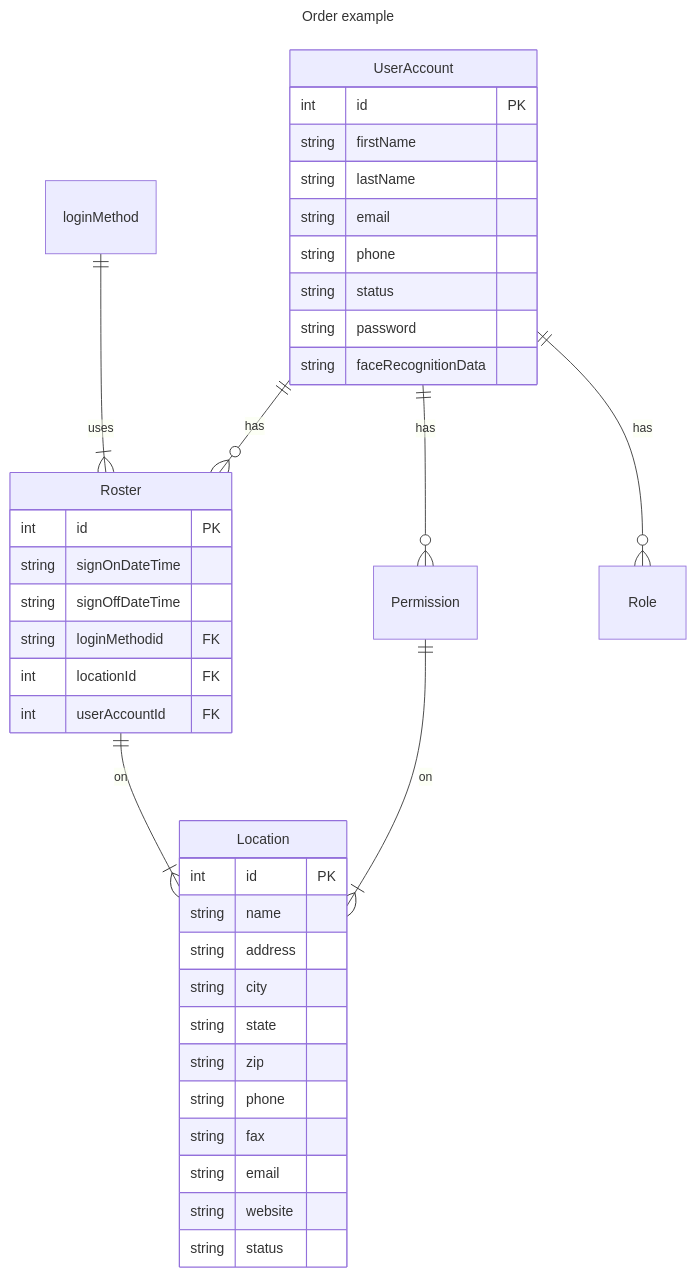
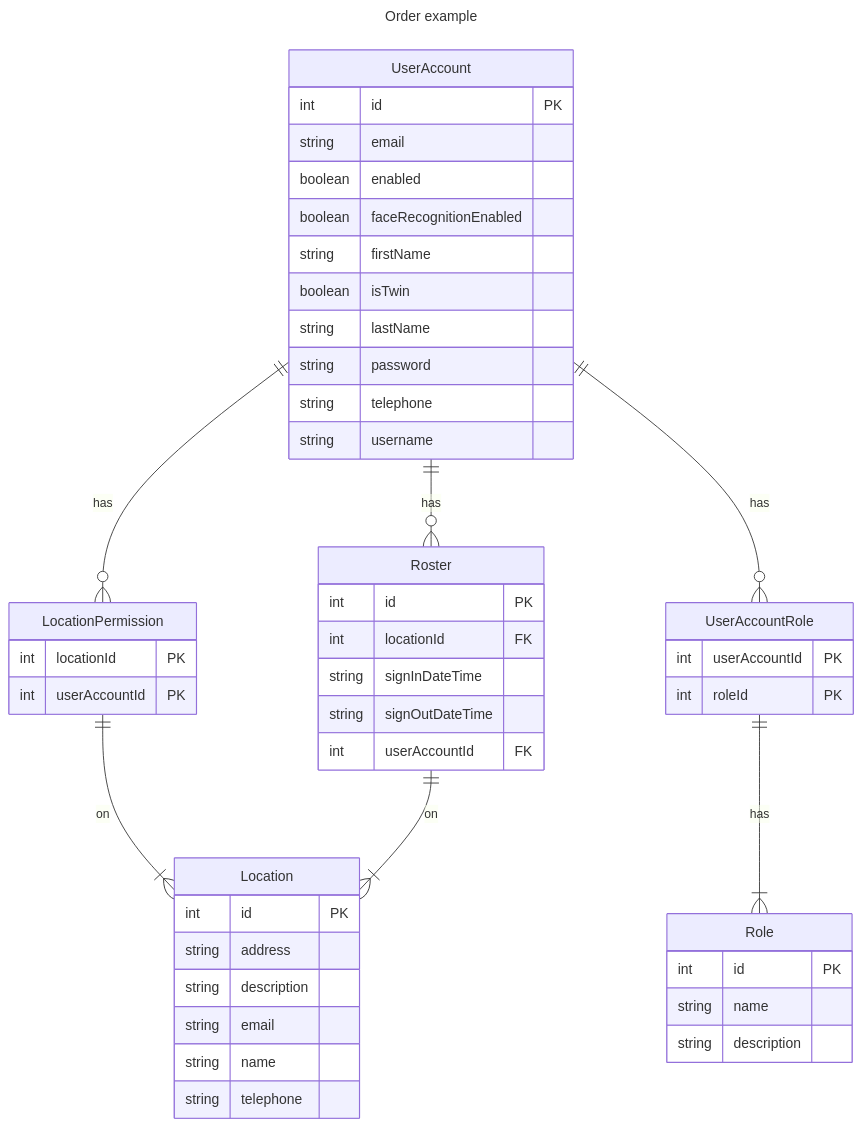
One commit to Zsolt821201/iDentity-ml-fyp-py changed the diagram in docs/er-digram.mmd. Above: the diagram before and after it, drawn with Mermaid. The commit also changed 2 other files, not shown here.

```diff
--- a/docs/er-digram.mmd
+++ b/docs/er-digram.mmd
@@ -1,42 +1,51 @@
 ---
 title: Order example
 ---
 erDiagram
+    LocationPermission ||--|{ Location : on
+    Roster ||--|{ Location : on
+    UserAccount ||--o{ LocationPermission : has
     UserAccount ||--o{ Roster : has
-    UserAccount ||--o{ Permission : has
-    UserAccount ||--o{ Role : has
-    Roster ||--|{ Location : on
-    Permission ||--|{ Location : on
-    loginMethod ||--|{ Roster : uses
-    Roster{
+    UserAccount ||--o{ UserAccountRole : has
+    UserAccountRole ||--|{ Role : has
+
+    Location {
         int id PK
-        string signOnDateTime
-        string signOffDateTime
-        string loginMethodid FK
+        string address
+        string description
+        string email
+        string name
+        string telephone
+    }
+    LocationPermission {
+        int locationId PK
+        int userAccountId PK
+    }
+    Roster {
+        int id PK
         int locationId FK
+        string signInDateTime
+        string signOutDateTime
         int userAccountId FK
-
     }
-    Location{
+    Role {
         int id PK
         string name
-        string address
-        string city
-        string state
-        string zip
-        string phone
-        string fax
+        string description
+    }
+    UserAccount {
+        int id PK
         string email
-        string website
-        string status
+        boolean enabled
+        boolean faceRecognitionEnabled
+        string firstName
+        boolean isTwin
+        string lastName
+        string password
+        string telephone
+        string username
     }
-    UserAccount{
-        int id PK
-        string firstName
-        string lastName
-        string email
-        string phone
-        string status
-        string password
-        string faceRecognitionData
+    UserAccountRole {
+        int userAccountId PK
+        int roleId PK
     }
```
